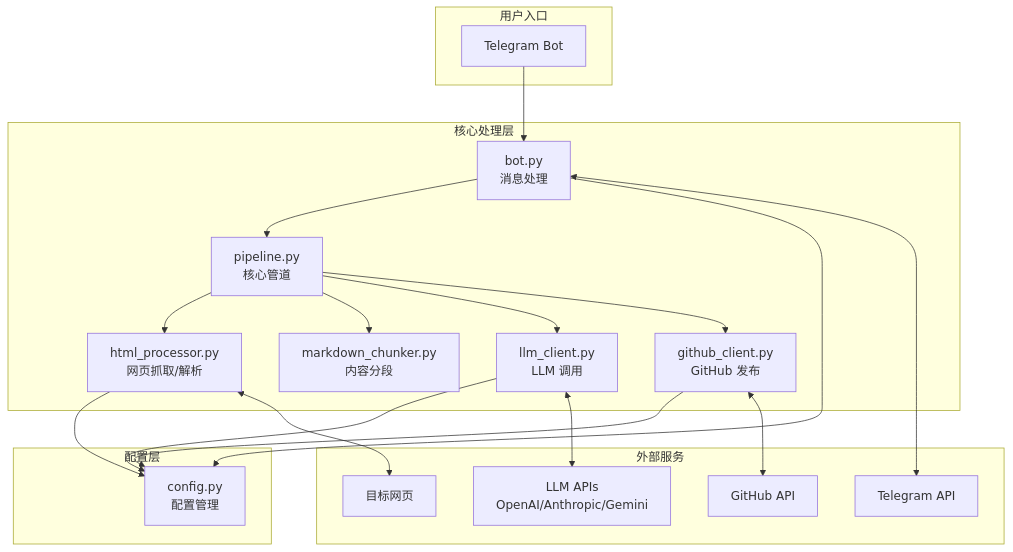
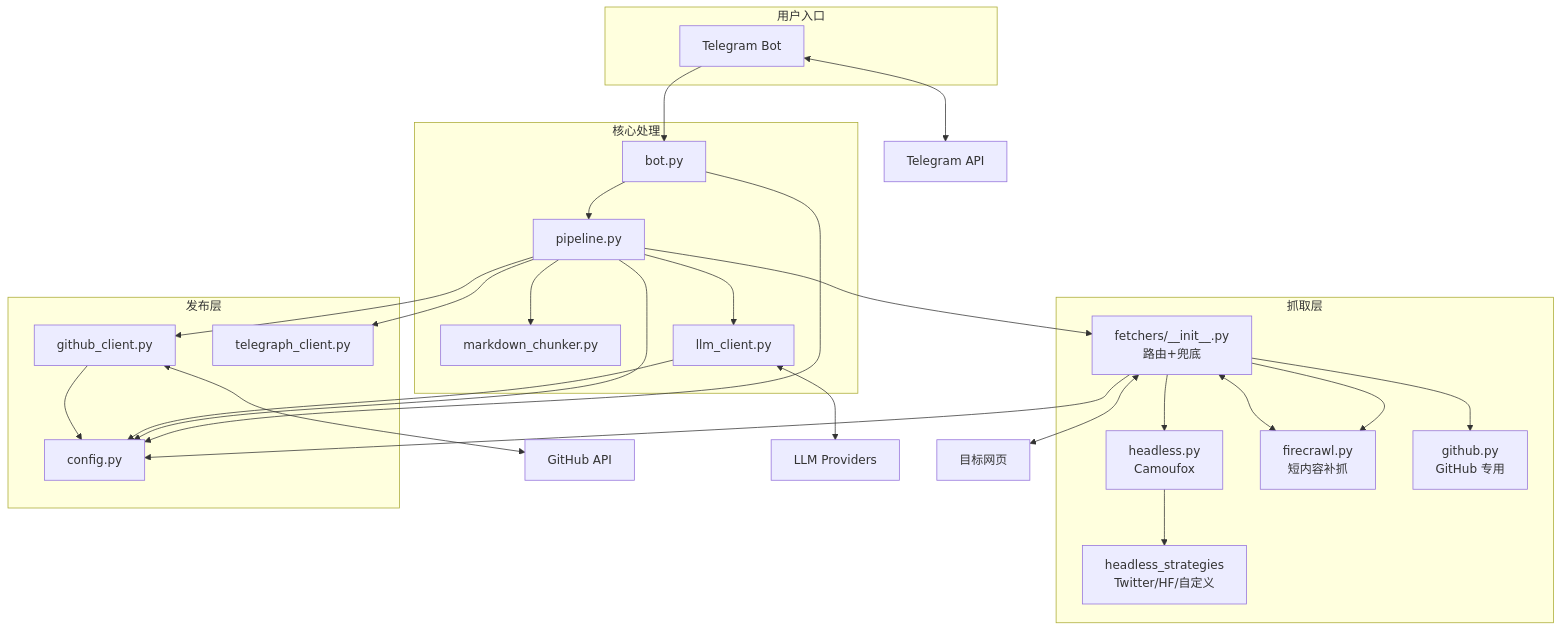
Before and after one commit to tiaot33/websum-to-git: the diagram in CLAUDE.md, drawn with Mermaid. The commit also changed other lines of this file and 3 other files, not shown here.

````diff
--- a/CLAUDE.md
+++ b/CLAUDE.md
@@ -44,43 +42,51 @@
 ```mermaid
 flowchart TB
     subgraph 用户入口
         TG[Telegram Bot]
     end
 
-    subgraph 核心处理层
-        BOT[bot.py<br/>消息处理]
-        PIPE[pipeline.py<br/>核心管道]
-        HTML[html_processor.py<br/>网页抓取/解析]
-        CHUNK[markdown_chunker.py<br/>内容分段]
-        LLM[llm_client.py<br/>LLM 调用]
-        GH[github_client.py<br/>GitHub 发布]
+    subgraph 抓取层
+        ROUTER[fetchers/__init__.py<br/>路由+兜底]
+        HEADLESS[headless.py<br/>Camoufox]
+        STRAT[headless_strategies<br/>Twitter/HF/自定义]
+        FIRE[firecrawl.py<br/>短内容补抓]
+        GH_FETCH[github.py<br/>GitHub 专用]
     end
 
-    subgraph 配置层
-        CFG[config.py<br/>配置管理]
+    subgraph 核心处理
+        BOT[bot.py]
+        PIPE[pipeline.py]
+        CHUNK[markdown_chunker.py]
+        LLM[llm_client.py]
     end
 
-    subgraph 外部服务
-        TGAPI[Telegram API]
-        LLMAPI[LLM APIs<br/>OpenAI/Anthropic/Gemini]
-        GHAPI[GitHub API]
-        WEB[目标网页]
+    subgraph 发布层
+        GH[github_client.py]
+        TELE[telegraph_client.py]
+        CFG[config.py]
     end
 
     TG --> BOT
     BOT --> PIPE
-    PIPE --> HTML
+    PIPE --> ROUTER
+    ROUTER --> GH_FETCH
+    ROUTER --> HEADLESS
+    HEADLESS --> STRAT
+    ROUTER --> FIRE
     PIPE --> CHUNK
     PIPE --> LLM
     PIPE --> GH
+    PIPE --> TELE
 
     BOT --> CFG
-    HTML --> CFG
+    PIPE --> CFG
+    ROUTER --> CFG
     LLM --> CFG
     GH --> CFG
 
-    BOT <--> TGAPI
-    HTML <--> WEB
-    LLM <--> LLMAPI
-    GH <--> GHAPI
+    ROUTER <--> FIRE
+    TG <--> TGAPI[Telegram API]
+    GH <--> GHAPI[GitHub API]
+    LLM <--> LLMAPI[LLM Providers]
+    ROUTER <--> WEB[目标网页]
 ```
````
